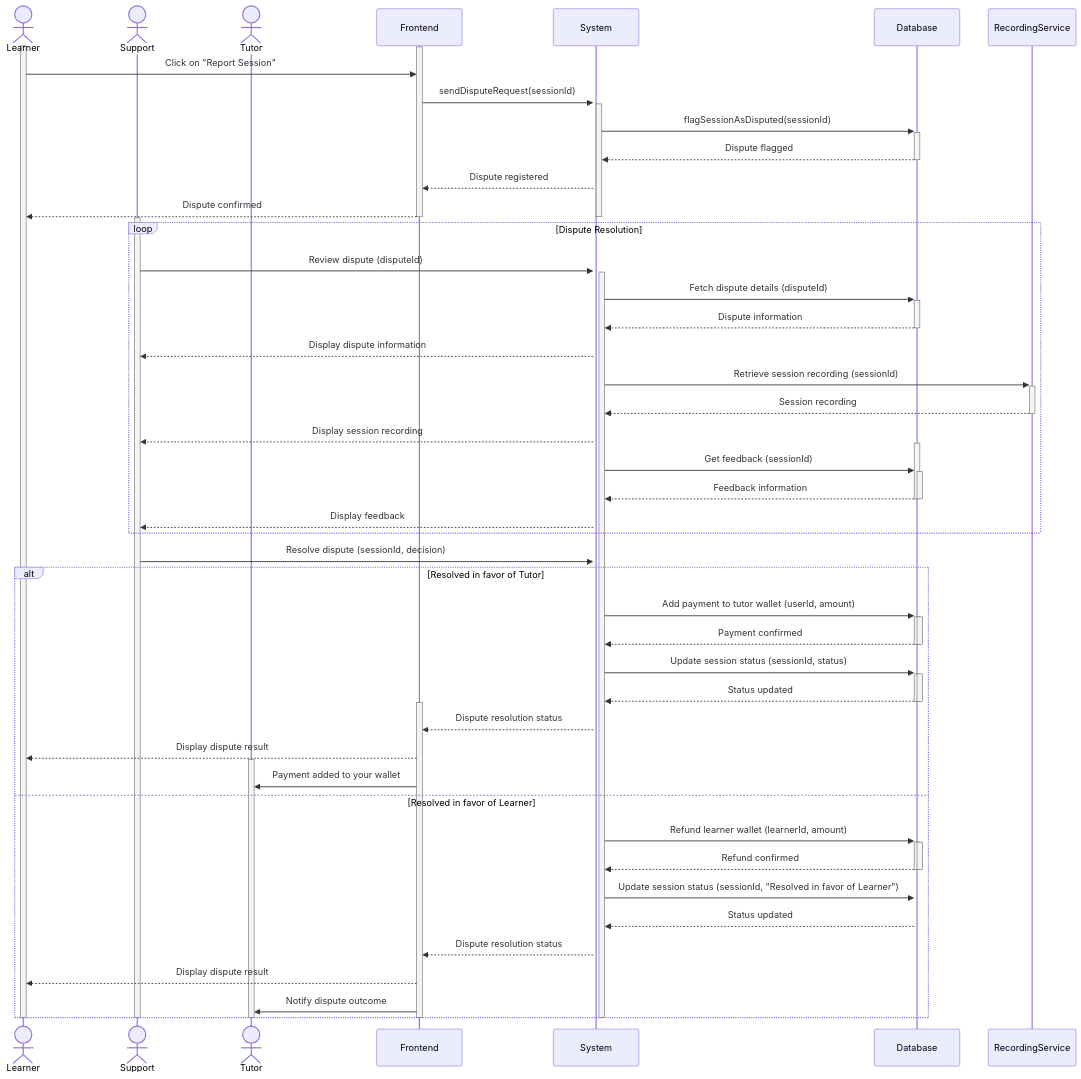
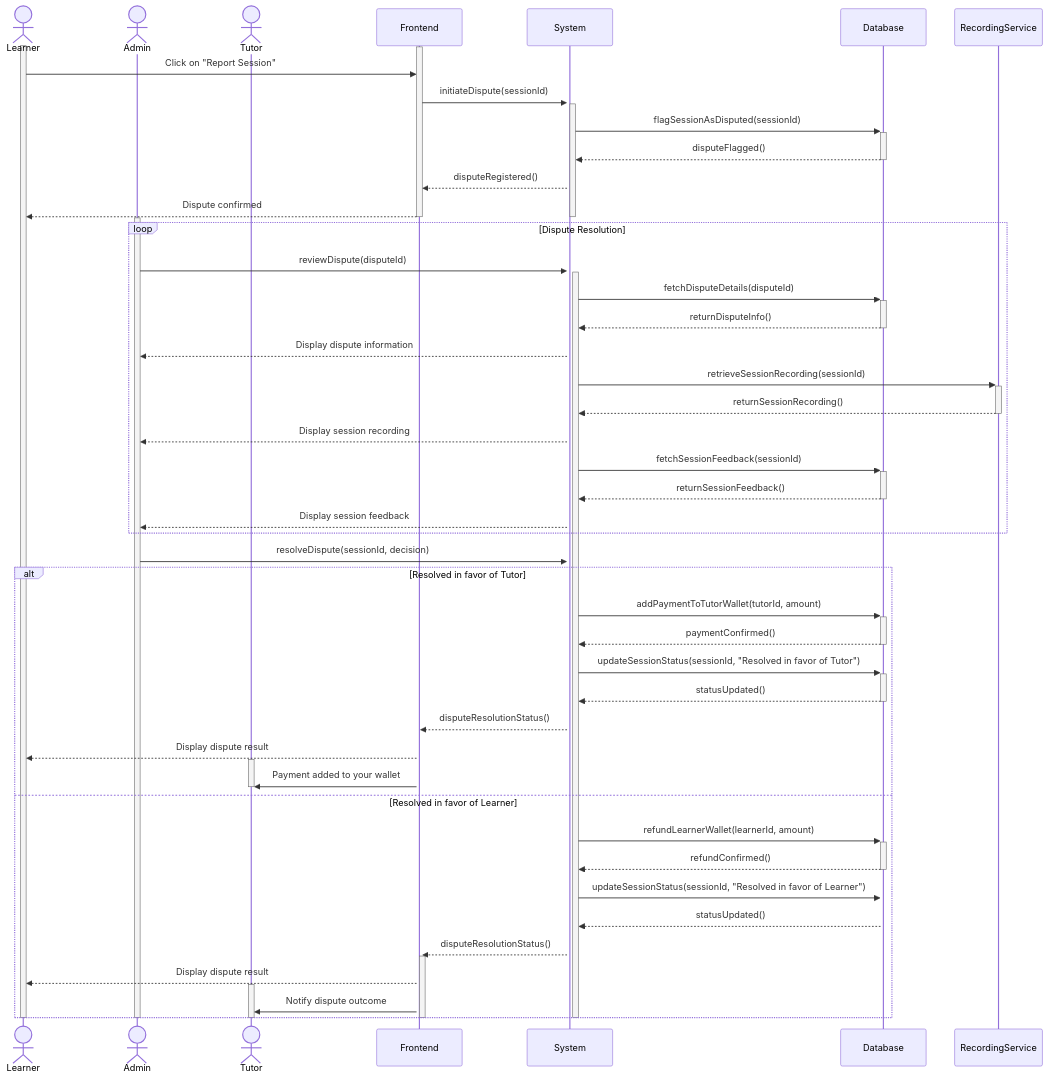
The diagram in disputeHandling.mermaid (Shaar03/Diagrams), drawn with Mermaid before and after one commit.

Commit message:
few things here and there

```diff
--- a/disputeHandling.mermaid
+++ b/disputeHandling.mermaid
@@ -1,71 +1,66 @@
 sequenceDiagram
     actor Learner
-    actor Support
+    actor Admin
     actor Tutor
     participant Frontend
     participant System
     participant Database
     participant RecordingService
 
     activate Learner
     activate Frontend
     Learner->>Frontend: Click on "Report Session"
-    Frontend->>+System: sendDisputeRequest(sessionId)
+    Frontend->>+System: initiateDispute(sessionId)
     activate System
     System->>+Database: flagSessionAsDisputed(sessionId)
-    Database-->>-System: Dispute flagged
-    System-->>Frontend: Dispute registered
+    Database-->>-System: disputeFlagged()
+    System-->>Frontend: disputeRegistered()
     Frontend-->>Learner: Dispute confirmed
+    deactivate Frontend
     deactivate System
-    deactivate Frontend
 
-    activate Support
+    activate Admin
     activate System
 
     loop Dispute Resolution
-        Support->>+System: Review dispute (disputeId)
-        System->>+Database: Fetch dispute details (disputeId)
-        Database-->>-System: Dispute information
-        System-->>Support: Display dispute information
-        System->>+RecordingService: Retrieve session recording (sessionId)
-        RecordingService-->>-System: Session recording
-        System-->>Support: Display session recording
+        Admin->>+System: reviewDispute(disputeId)
+        System->>+Database: fetchDisputeDetails(disputeId)
+        Database-->>-System: returnDisputeInfo()
+        System-->>Admin: Display dispute information
+        System->>+RecordingService: retrieveSessionRecording(sessionId)
+        RecordingService-->>-System: returnSessionRecording()
+        System-->>Admin: Display session recording
 
-        activate Database
-        System->>+Database: Get feedback (sessionId)
-        Database-->>-System: Feedback information
-        deactivate Database
-        System-->>Support: Display feedback
+        System->>+Database: fetchSessionFeedback(sessionId)
+        Database-->>-System: returnSessionFeedback()
+        System-->>Admin: Display session feedback
     end
 
-    Support->>System: Resolve dispute (sessionId, decision)
+    Admin->>System: resolveDispute(sessionId, decision)
     alt Resolved in favor of Tutor
-        System->>+Database: Add payment to tutor wallet (userId, amount)
-        activate Database
-        Database-->>-System: Payment confirmed
-        deactivate Database
-        System->>+Database: Update session status (sessionId, status)
-        activate Database
-        Database-->>-System: Status updated
-        deactivate Database
+        System->>+Database: addPaymentToTutorWallet(tutorId, amount)
+        Database-->>-System: paymentConfirmed()
+        System->>+Database: updateSessionStatus(sessionId, "Resolved in favor of Tutor")
+        Database-->>-System: statusUpdated()
+        System-->>Frontend: disputeResolutionStatus()
         activate Frontend
-        System-->>Frontend: Dispute resolution status
         Frontend-->>Learner: Display dispute result
         activate Tutor
         Frontend->>Tutor: Payment added to your wallet
+        deactivate Tutor
     else Resolved in favor of Learner
-        System->>+Database: Refund learner wallet (learnerId, amount)
-        activate Database
-        Database-->>-System: Refund confirmed
-        deactivate Database
-        System->>+Database: Update session status (sessionId, "Resolved in favor of Learner")
-        Database-->>System: Status updated
-        System-->>Frontend: Dispute resolution status
+        System->>+Database: refundLearnerWallet(learnerId, amount)
+        Database-->>-System: refundConfirmed()
+        System->>+Database: updateSessionStatus(sessionId, "Resolved in favor of Learner")
+        Database-->>System: statusUpdated()
+        System-->>Frontend: disputeResolutionStatus()
+        activate Frontend
         Frontend-->>Learner: Display dispute result
+        activate Tutor
         Frontend->>Tutor: Notify dispute outcome
     end
     deactivate System
     deactivate Frontend
-    deactivate Support
+    deactivate Admin
     deactivate Learner
     deactivate Tutor
```
